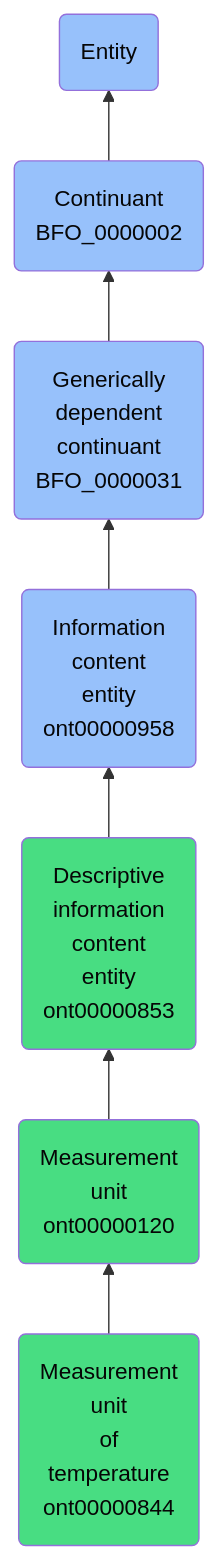
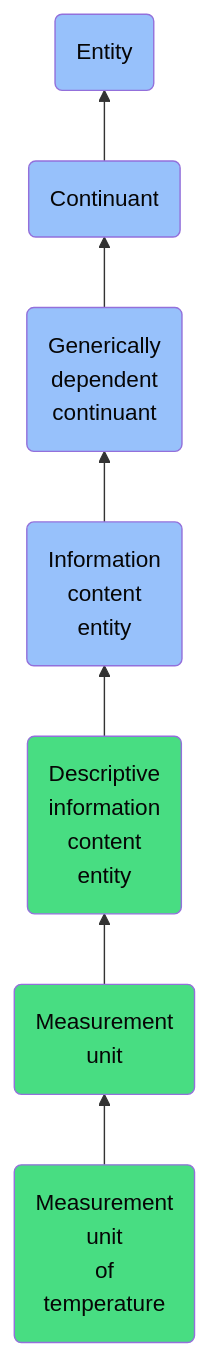
The diagram in docs/ontology/reference/model/Entity/Continuant/Generically dependent continuant/Information content entity/Descriptive information content entity/Measurement unit/Measurement unit of temperature/Measurement unit of temperature.md (jupyter-naas/abi), drawn with Mermaid before and after one commit. The commit also changed other lines of this file and 1430 other files, not shown here.

````diff
--- a/docs/ontology/reference/model/Entity/Continuant/Generically dependent continuant/Information content entity/Descriptive information content entity/Measurement unit/Measurement unit of temperature/Measurement unit of temperature.md
+++ b/docs/ontology/reference/model/Entity/Continuant/Generically dependent continuant/Information content entity/Descriptive information content entity/Measurement unit/Measurement unit of temperature/Measurement unit of temperature.md
@@ -24,14 +24,14 @@
 ```mermaid
 graph BT
-    ont00000844(Measurement<br>unit<br>of<br>temperature<br>ont00000844):::ABI-->ont00000120
-    ont00000120(Measurement<br>unit<br>ont00000120):::ABI-->ont00000853
-    ont00000853(Descriptive<br>information<br>content<br>entity<br>ont00000853):::ABI-->ont00000958
-    ont00000958(Information<br>content<br>entity<br>ont00000958):::BFO-->BFO_0000031
-    BFO_0000031(Generically<br>dependent<br>continuant<br>BFO_0000031):::BFO-->BFO_0000002
-    BFO_0000002(Continuant<br>BFO_0000002):::BFO-->BFO_0000001
+    ont00000844(Measurement<br>unit<br>of<br>temperature):::ABI-->ont00000120
+    ont00000120(Measurement<br>unit):::ABI-->ont00000853
+    ont00000853(Descriptive<br>information<br>content<br>entity):::ABI-->ont00000958
+    ont00000958(Information<br>content<br>entity):::BFO-->BFO_0000031
+    BFO_0000031(Generically<br>dependent<br>continuant):::BFO-->BFO_0000002
+    BFO_0000002(Continuant):::BFO-->BFO_0000001
     BFO_0000001(Entity):::BFO
     
     classDef BFO fill:#97c1fb,color:#060606
     classDef CCO fill:#e4c51e,color:#060606
     classDef ABI fill:#48DD82,color:#060606
 ```
````
